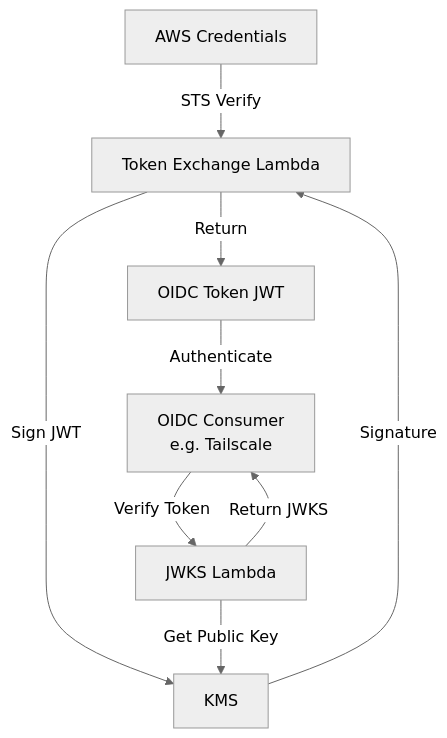
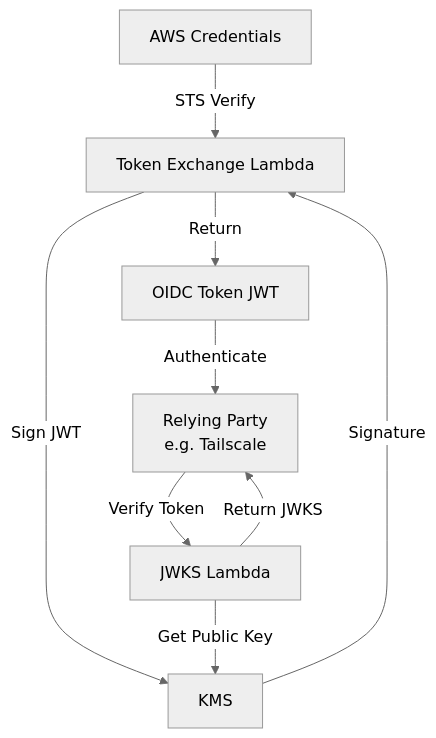
Before and after one commit to latacora/aws-oidc-workload-identity: the first of 2 diagrams in README.md, drawn with Mermaid (neutral theme). The commit also changed other lines of this file and 1 other file, not shown here.

````diff
--- a/README.md
+++ b/README.md
@@ -92,11 +105,11 @@
 ```mermaid
 graph TB
     A[AWS Credentials] -->|STS Verify| B[Token Exchange Lambda]
     B -->|Sign JWT| C[KMS]
     C -->|Signature| B
     B -->|Return| D[OIDC Token JWT]
-    D -->|Authenticate| E[OIDC Consumer<br/>e.g. Tailscale]
+    D -->|Authenticate| E[Relying Party<br/>e.g. Tailscale]
     E -->|Verify Token| F[JWKS Lambda]
     F -->|Get Public Key| C
     F -->|Return JWKS| E
 ```
````
